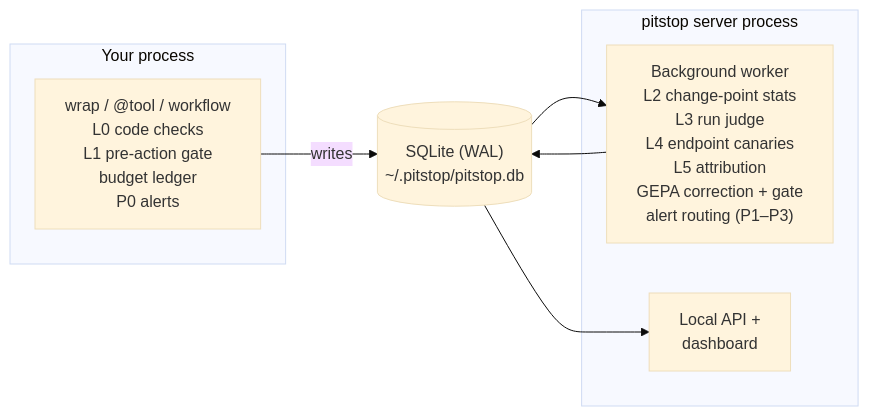
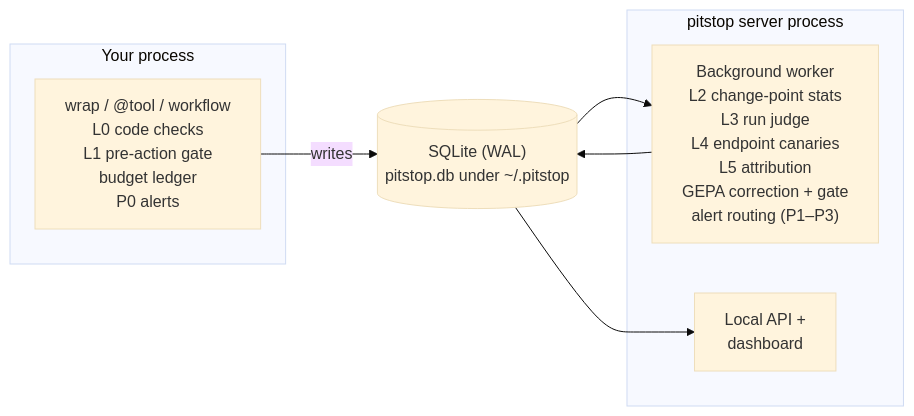
Before and after one commit to Qamil-Mirza/gepa-financial-agent: the third of 4 diagrams in README.md, drawn with Mermaid (base theme).

Commit message:
docs: reword the planned SQLite path in the README runtime diagram
The stale-path check matches 'pitstop/pitstop' inside '~/.pitstop/pitstop.db'.

````diff
--- a/README.md
+++ b/README.md
@@ -99,15 +99,15 @@
 ```mermaid
 flowchart LR
     subgraph USER["Your process"]
         SDK["wrap / @tool / workflow<br/>L0 code checks<br/>L1 pre-action gate<br/>budget ledger<br/>P0 alerts"]
     end
-    DB[("SQLite (WAL)<br/>~/.pitstop/pitstop.db")]
+    DB[("SQLite (WAL)<br/>pitstop.db under ~/.pitstop")]
     subgraph SERVER["pitstop server process"]
         WK["Background worker<br/>L2 change-point stats<br/>L3 run judge<br/>L4 endpoint canaries<br/>L5 attribution<br/>GEPA correction + gate<br/>alert routing (P1–P3)"]
         DASH["Local API +<br/>dashboard"]
     end
     SDK -- "writes" --> DB
     DB --> WK
     WK --> DB
     DB --> DASH
 ```
````
